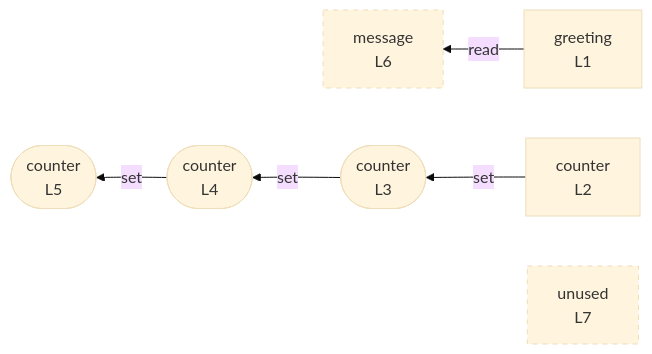
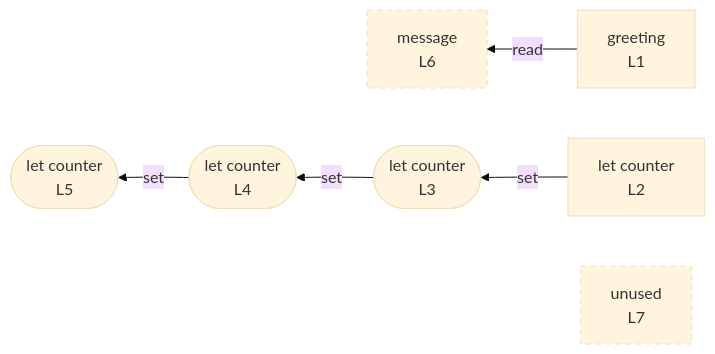
Before and after one commit to crescware/unsnarl: the diagram in integration/fixtures/simple-const-let/preview.md, drawn with Mermaid (base theme). The commit also changed 31 other files, not shown here.

First line of the commit message:
feat(mermaid): always prefix let-bound variables with "let"

````diff
--- a/integration/fixtures/simple-const-let/preview.md
+++ b/integration/fixtures/simple-const-let/preview.md
@@ -17,17 +17,17 @@
 ```mermaid
 flowchart RL
   n_scope_0_greeting_6["greeting<br/>L1"]
-  n_scope_0_counter_30["counter<br/>L2"]
+  n_scope_0_counter_30["let counter<br/>L2"]
   n_scope_0_message_97["message<br/>L6"]
   n_scope_0_unused_123["unused<br/>L7"]
-  wr_ref_0(["counter<br/>L3"])
-  wr_ref_2(["counter<br/>L4"])
-  wr_ref_3(["counter<br/>L5"])
+  wr_ref_0(["let counter<br/>L3"])
+  wr_ref_2(["let counter<br/>L4"])
+  wr_ref_3(["let counter<br/>L5"])
   n_scope_0_counter_30 -->|set| wr_ref_0
   wr_ref_0 -->|set| wr_ref_2
   wr_ref_2 -->|set| wr_ref_3
   n_scope_0_greeting_6 -->|read| n_scope_0_message_97
   classDef unused stroke-dasharray: 5 5;
   class n_scope_0_message_97 unused;
   class n_scope_0_unused_123 unused;
 ```
````
